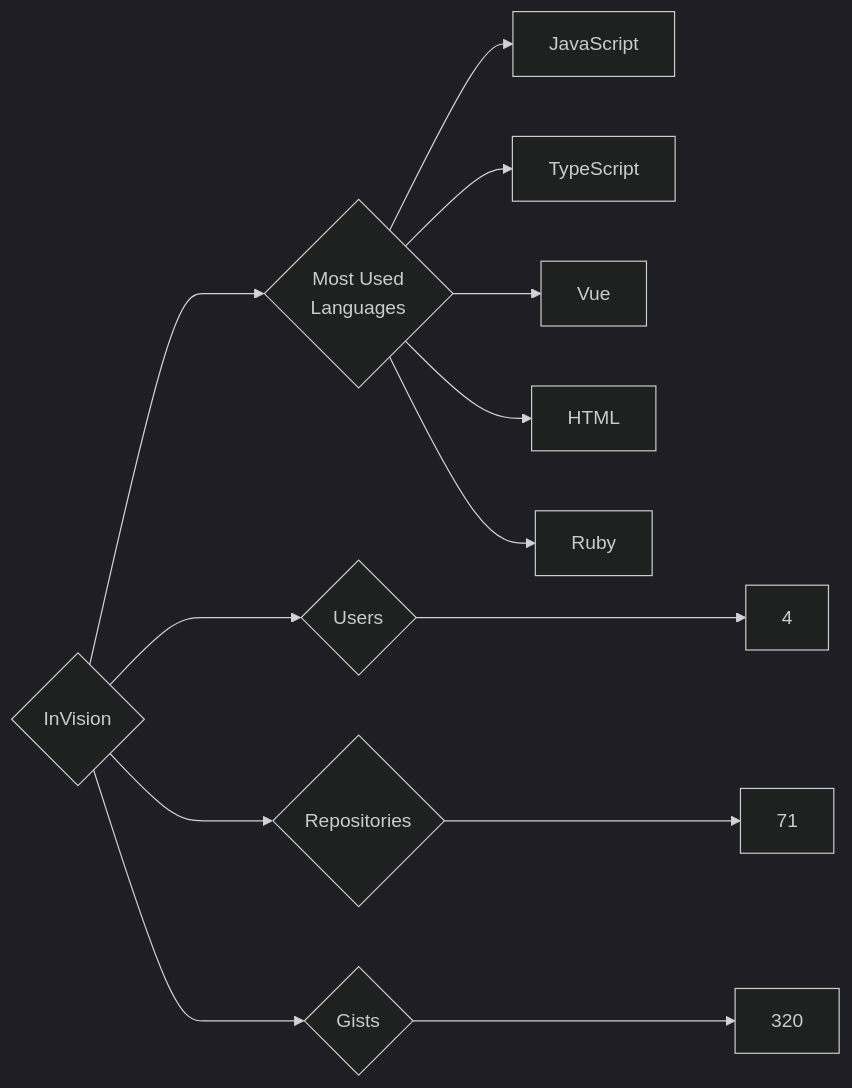
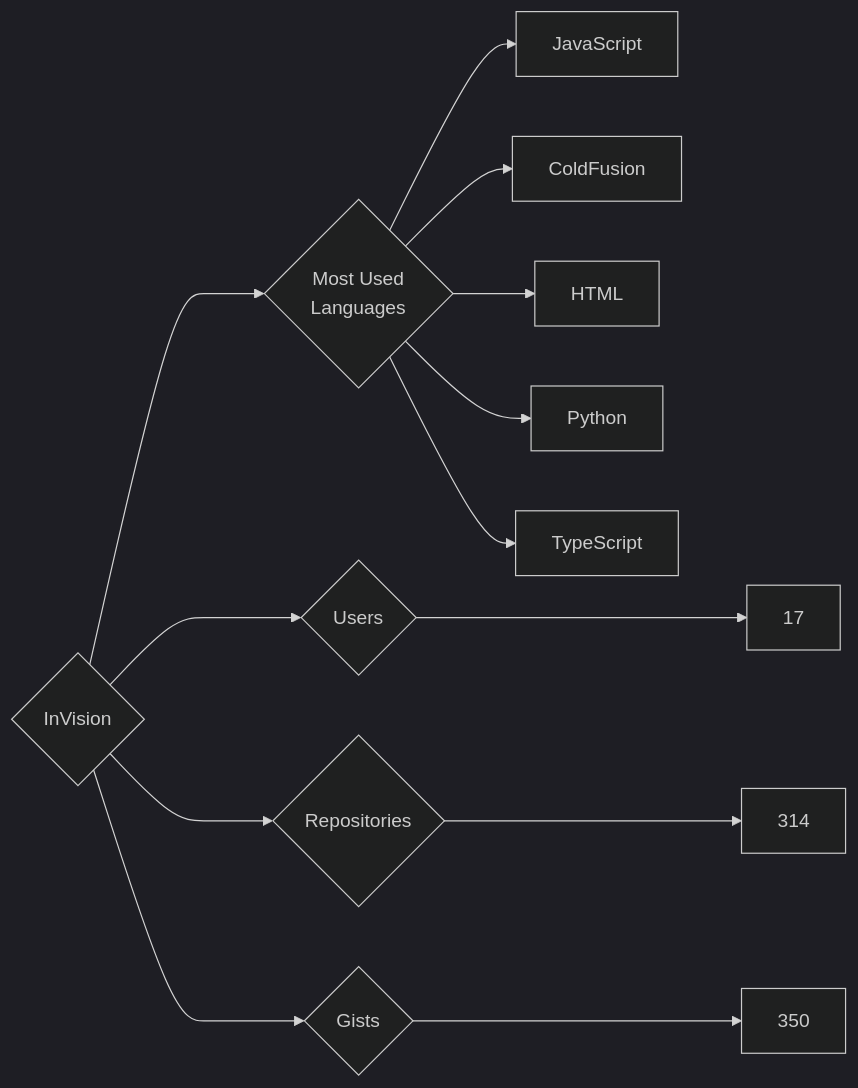
Before and after one commit to trickest/insiders: the diagram in targets/InVision/README.md, drawn with Mermaid (dark theme). The commit also changed 873 other files, not shown here.

````diff
--- a/targets/InVision/README.md
+++ b/targets/InVision/README.md
@@ -3,13 +3,13 @@
 ```mermaid
 graph LR
 COMPANY_NAME{InVision}
-COMPANY_NAME ---> U{Users} ---> UN[4]
-COMPANY_NAME ---> R{Repositories} ---> RN[71]
-COMPANY_NAME ---> G{Gists} ---> GN[320]
+COMPANY_NAME ---> U{Users} ---> UN[17]
+COMPANY_NAME ---> R{Repositories} ---> RN[314]
+COMPANY_NAME ---> G{Gists} ---> GN[350]
 COMPANY_NAME ---> ML{Most Used<br>Languages}
 ML --> JavaScript[JavaScript]
+ML --> ColdFusion[ColdFusion]
+ML --> HTML[HTML]
+ML --> Python[Python]
 ML --> TypeScript[TypeScript]
-ML --> Vue[Vue]
-ML --> HTML[HTML]
-ML --> Ruby[Ruby]
 ```
````
